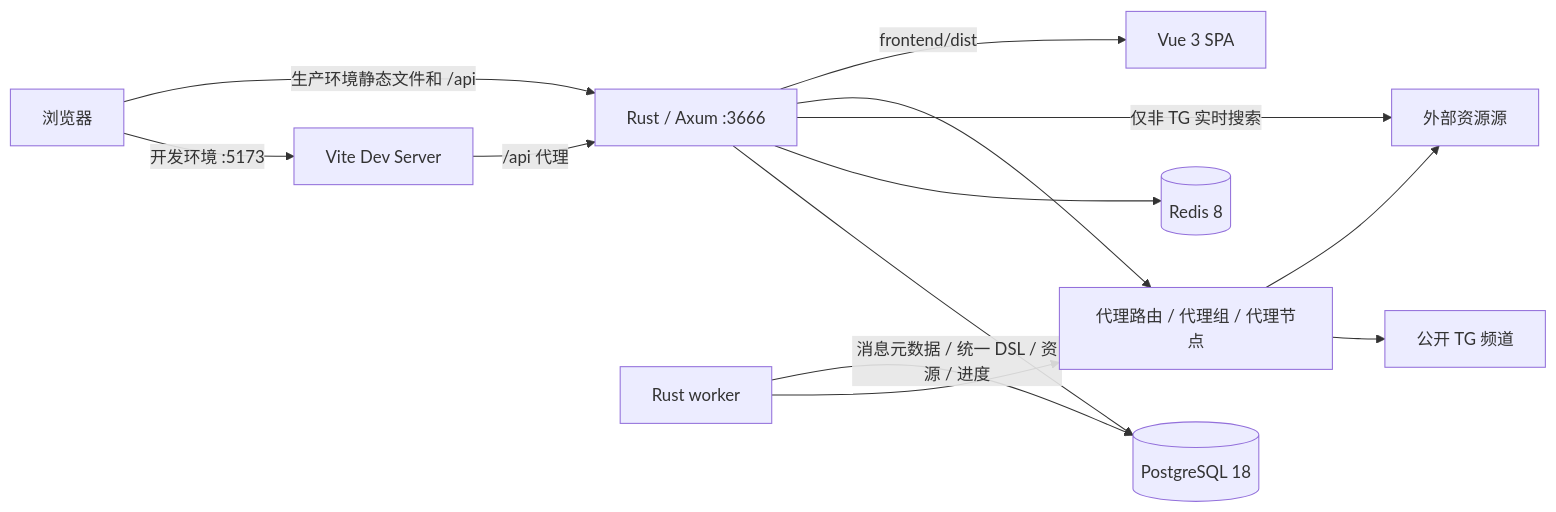
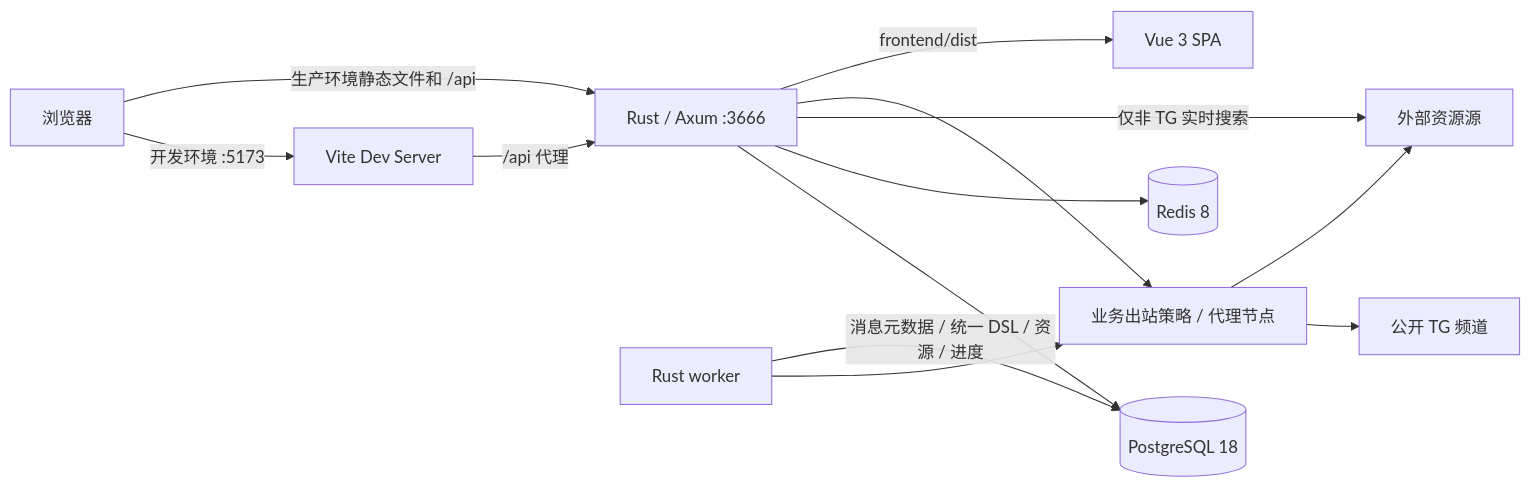
The first of 3 diagrams in README.md (rijianyunxi/pansou), drawn with Mermaid before and after one commit. The commit also changed other lines of this file and 23 other files, not shown here.

````diff
--- a/README.md
+++ b/README.md
@@ -14,17 +14,17 @@
 ```mermaid
 flowchart LR
     U[浏览器] -->|开发环境 :5173| V[Vite Dev Server]
     V -->|/api 代理| A[Rust / Axum :3666]
     U -->|生产环境静态文件和 /api| A
 
     A --> PG[(PostgreSQL 18)]
     A --> R[(Redis 8)]
     A -->|仅非 TG 实时搜索| S[外部资源源]
     W[Rust worker] --> P
     P --> T[公开 TG 频道]
     W -->|消息元数据 / 统一 DSL / 资源 / 进度| PG
-    A --> P[代理路由 / 代理组 / 代理节点]
+    A --> P[业务出站策略 / 代理节点]
     P --> S
 
     A -->|frontend/dist| SPA[Vue 3 SPA]
 ```
````
